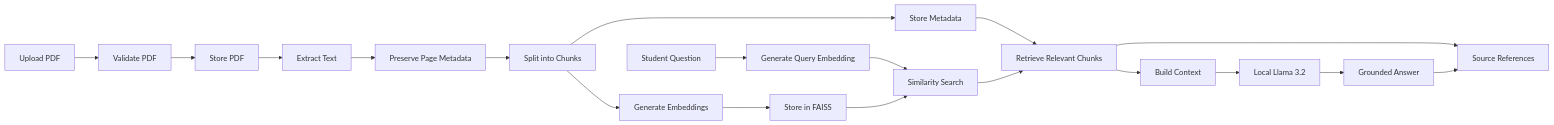
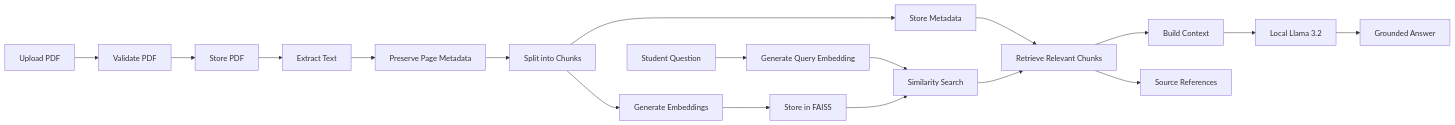
One commit to NAITIKK682/ProfessorMindAI changed the second of 15 diagrams in README.md. Above: the diagram before and after it, drawn with Mermaid. The commit also changed other lines of this file, not shown here.

````diff
--- a/README.md
+++ b/README.md
@@ -378,42 +438,41 @@
 ```mermaid
 flowchart LR
 
     A[Upload PDF]
     B[Validate PDF]
     C[Store PDF]
     D[Extract Text]
     E[Preserve Page Metadata]
     F[Split into Chunks]
     G[Generate Embeddings]
     H[Store in FAISS]
     I[Store Metadata]
 
     J[Student Question]
     K[Generate Query Embedding]
     L[Similarity Search]
     M[Retrieve Relevant Chunks]
     N[Build Context]
     O[Local Llama 3.2]
     P[Grounded Answer]
     Q[Source References]
 
     A --> B
     B --> C
     C --> D
     D --> E
     E --> F
     F --> G
     G --> H
     F --> I
 
     J --> K
     K --> L
     H --> L
     I --> M
     L --> M
     M --> N
     N --> O
     O --> P
     M --> Q
-    P --> Q
 ```
````
